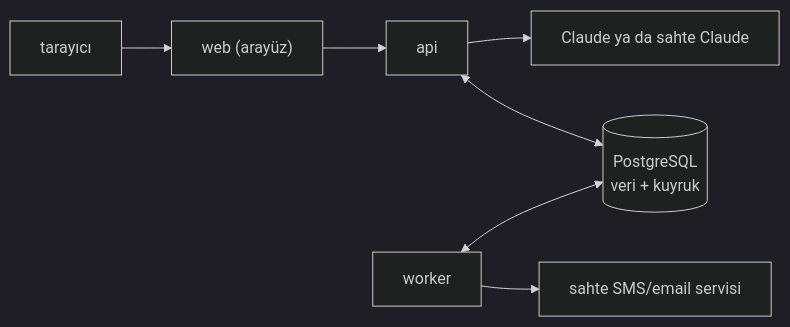
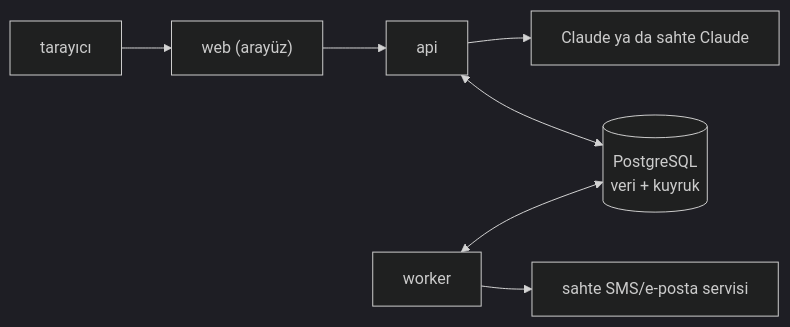
Before and after one commit to gulcint/smart-campaign-composer: the diagram in README.md, drawn with Mermaid (dark theme). The commit also changed other lines of this file, not shown here.

````diff
--- a/README.md
+++ b/README.md
@@ -79,9 +97,9 @@
 ```mermaid
 flowchart LR
   browser["tarayıcı"] --> web["web (arayüz)"]
   web --> api["api"]
   api --> llm["Claude ya da sahte Claude"]
   api <--> db[("PostgreSQL<br/>veri + kuyruk")]
   worker["worker"] <--> db
-  worker --> mock["sahte SMS/email servisi"]
+  worker --> mock["sahte SMS/e-posta servisi"]
 ```
````
